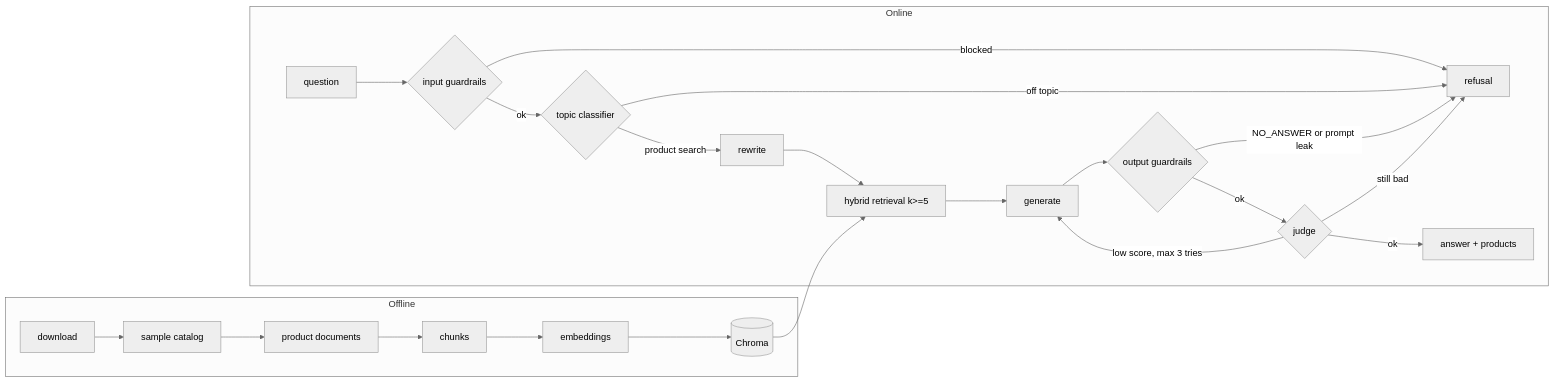
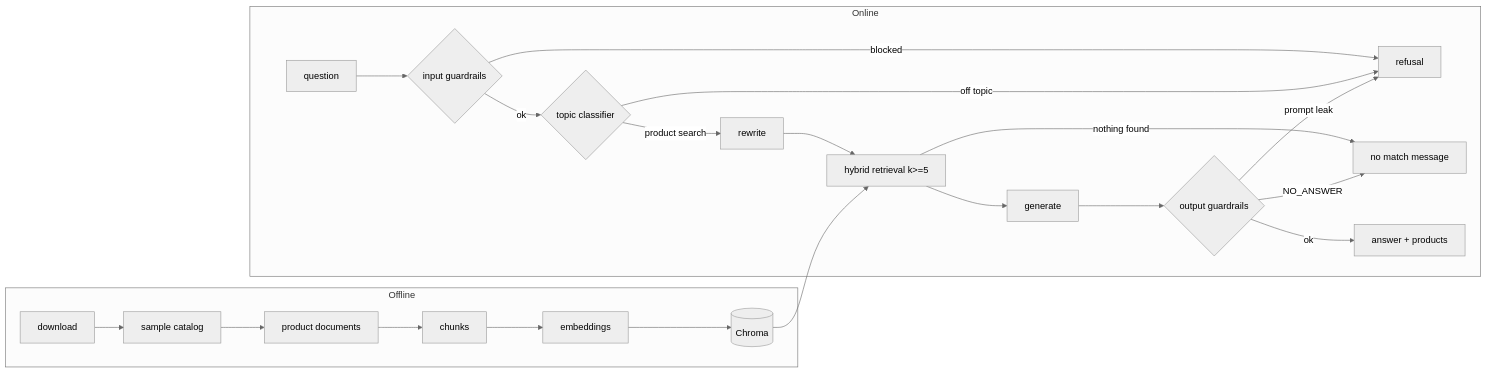
Before and after one commit to fsystemweb/rag-ecommerce: the diagram in docs/architecture.md, drawn with Mermaid (neutral theme). The commit also changed other lines of this file and 23 other files, not shown here.

````diff
--- a/docs/architecture.md
+++ b/docs/architecture.md
@@ -3,19 +3,18 @@
 ```mermaid
 flowchart LR
   subgraph Offline
     A[download] --> B[sample catalog] --> C[product documents] --> D[chunks] --> E[embeddings] --> F[(Chroma)]
   end
   subgraph Online
     Q[question] --> IG{input guardrails}
     IG -- blocked --> REF[refusal]
     IG -- ok --> TC{topic classifier}
     TC -- off topic --> REF
     TC -- product search --> R[rewrite] --> H[hybrid retrieval k>=5] --> G[generate] --> OG{output guardrails}
-    OG -- NO_ANSWER or prompt leak --> REF
-    OG -- ok --> J{judge}
-    J -- ok --> ANS[answer + products]
-    J -- low score, max 3 tries --> G
-    J -- still bad --> REF
+    H -- nothing found --> NM[no match message]
+    OG -- NO_ANSWER --> NM
+    OG -- prompt leak --> REF
+    OG -- ok --> ANS[answer + products]
   end
   F --> H
 ```
````
